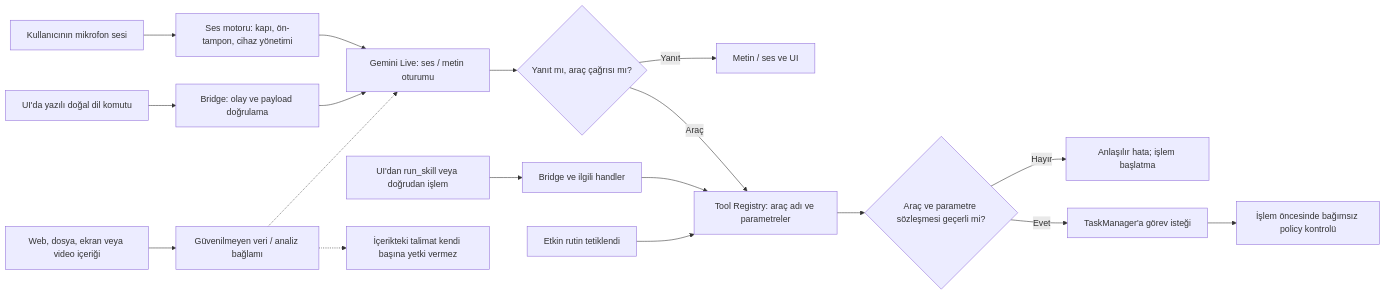
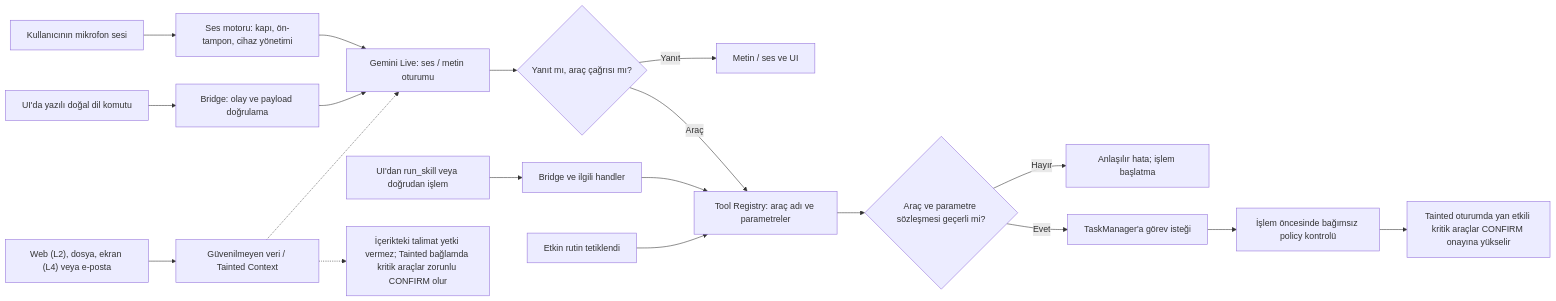
One commit to Walbertb4/TaskVex changed the third of 16 diagrams in ARCHITECTURE.md. Above: the diagram before and after it, drawn with Mermaid. The commit also changed other lines of this file and 31 other files, not shown here.

````diff
--- a/ARCHITECTURE.md
+++ b/ARCHITECTURE.md
@@ -665,20 +676,21 @@
 ```mermaid
 flowchart LR
     MIC["Kullanıcının mikrofon sesi"] --> AUDIO["Ses motoru: kapı, ön-tampon, cihaz yönetimi"]
     AUDIO --> LIVE["Gemini Live: ses / metin oturumu"]
     TEXT["UI'da yazılı doğal dil komutu"] --> BR["Bridge: olay ve payload doğrulama"]
     BR --> LIVE
     LIVE --> DEC{"Yanıt mı, araç çağrısı mı?"}
     DEC -->|"Yanıt"| RESP["Metin / ses ve UI"]
     DEC -->|"Araç"| REG["Tool Registry: araç adı ve parametreler"]
     DIRECT["UI'dan run_skill veya doğrudan işlem"] --> DBR["Bridge ve ilgili handler"]
     DBR --> REG
     ROUTINE["Etkin rutin tetiklendi"] --> REG
     REG --> VAL{"Araç ve parametre sözleşmesi geçerli mi?"}
     VAL -->|"Hayır"| ERR["Anlaşılır hata; işlem başlatma"]
     VAL -->|"Evet"| TASK["TaskManager'a görev isteği"]
-    WEB["Web, dosya, ekran veya video içeriği"] --> DATA["Güvenilmeyen veri / analiz bağlamı"]
+    WEB["Web (L2), dosya, ekran (L4) veya e-posta"] --> DATA["Güvenilmeyen veri / Tainted Context"]
     DATA -.-> LIVE
-    DATA -.-> RULE["İçerikteki talimat kendi başına yetki vermez"]
+    DATA -.-> RULE["İçerikteki talimat yetki vermez; Tainted bağlamda kritik araçlar zorunlu CONFIRM olur"]
     TASK --> POLICY["İşlem öncesinde bağımsız policy kontrolü"]
+    POLICY --> ESCALATE["Tainted oturumda yan etkili kritik araçlar CONFIRM onayına yükselir"]
 ```
````
